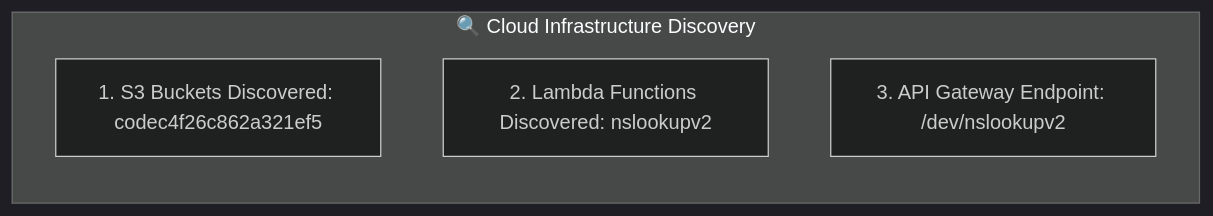
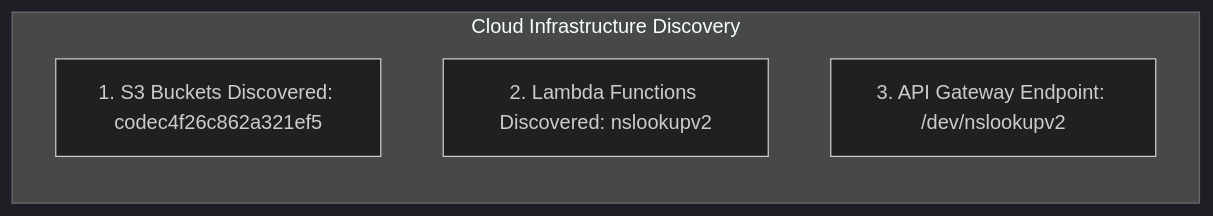
The second of 2 diagrams in cloud-escape/WRITEUP_STAGE1.md (FREECANDY-DEV/MAFAT-2026), drawn with Mermaid (dark theme) before and after one commit.

Commit message:
Redesign cloud-escape/WRITEUP_STAGE1.md with premium badges, Mermaid diagrams, and step-by-step methodology

````diff
--- a/cloud-escape/WRITEUP_STAGE1.md
+++ b/cloud-escape/WRITEUP_STAGE1.md
@@ -138,9 +138,9 @@
 ```mermaid
 flowchart LR
-    subgraph Enumeration ["🔍 Cloud Infrastructure Discovery"]
+    subgraph Enumeration ["Cloud Infrastructure Discovery"]
         direction TB
         E1["1. S3 Buckets Discovered: codec4f26c862a321ef5"]
         E2["2. Lambda Functions Discovered: nslookupv2"]
         E3["3. API Gateway Endpoint: /dev/nslookupv2"]
     end
 ```
````
